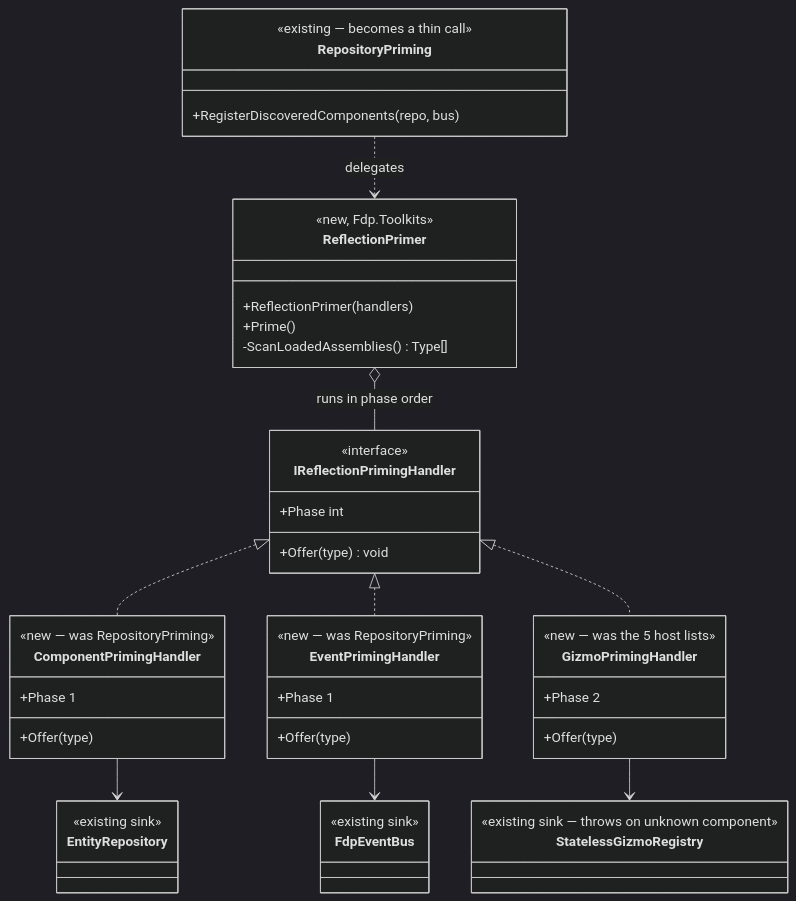
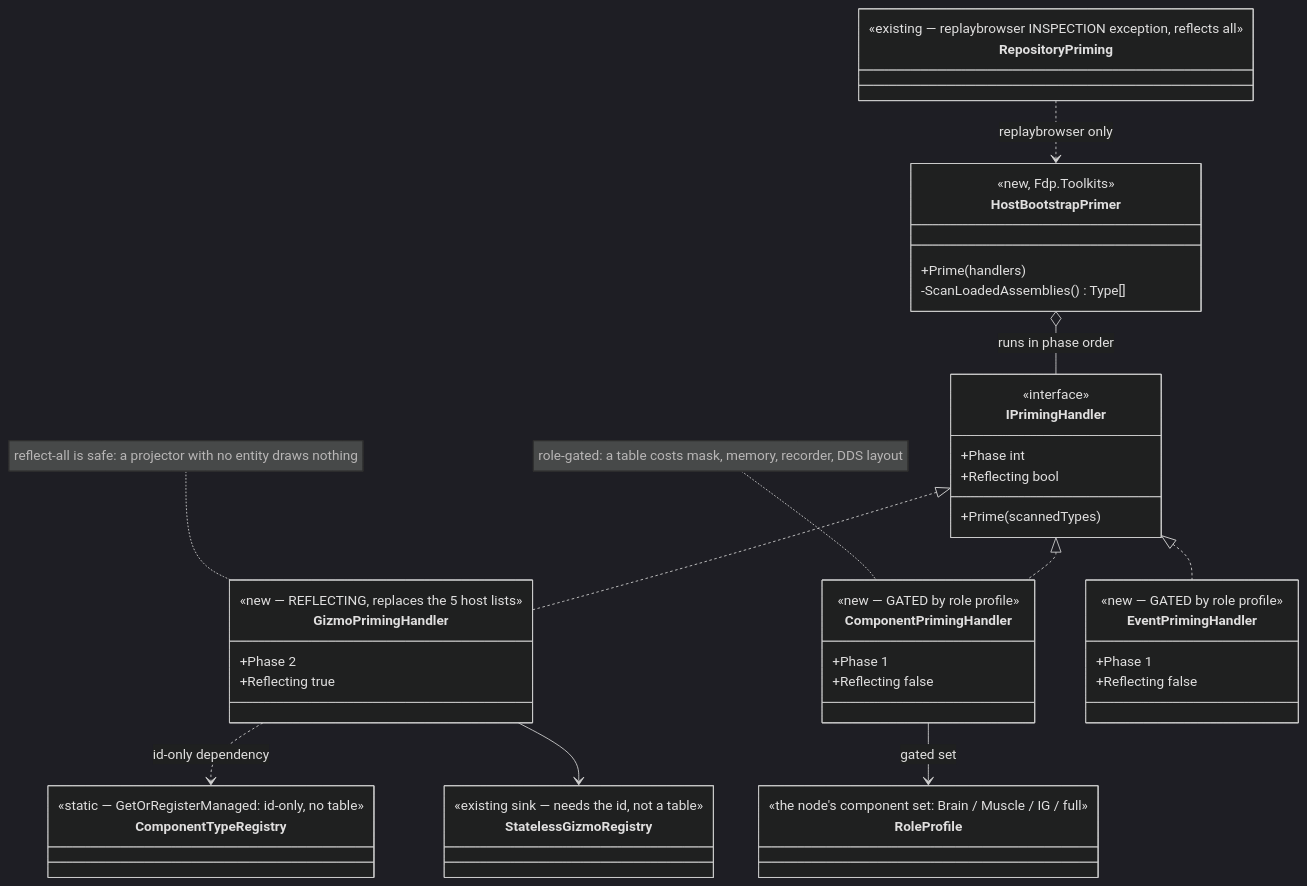
Before and after one commit to pjanec/HROT: the first of 2 diagrams in docs/DESIGN_Reflection_World_Priming.md, drawn with Mermaid (dark theme). The commit also changed other lines of this file and 1 other file, not shown here.

````diff
--- a/docs/DESIGN_Reflection_World_Priming.md
+++ b/docs/DESIGN_Reflection_World_Priming.md
@@ -73,51 +140,52 @@
 ```mermaid
 classDiagram
-    class ReflectionPrimer {
+    class HostBootstrapPrimer {
         <<new, Fdp.Toolkits>>
-        +ReflectionPrimer(handlers)
-        +Prime()
+        +Prime(handlers)
         -ScanLoadedAssemblies() Type[]
     }
-    class IReflectionPrimingHandler {
+    class IPrimingHandler {
         <<interface>>
         +Phase int
-        +Offer(type) void
+        +Reflecting bool
+        +Prime(scannedTypes)
+    }
+    class GizmoPrimingHandler {
+        <<new — REFLECTING, replaces the 5 host lists>>
+        +Phase 2
+        +Reflecting true
     }
     class ComponentPrimingHandler {
-        <<new — was RepositoryPriming>>
+        <<new — GATED by role profile>>
         +Phase 1
-        +Offer(type)
+        +Reflecting false
     }
     class EventPrimingHandler {
-        <<new — was RepositoryPriming>>
+        <<new — GATED by role profile>>
         +Phase 1
-        +Offer(type)
+        +Reflecting false
     }
-    class GizmoPrimingHandler {
-        <<new — was the 5 host lists>>
-        +Phase 2
-        +Offer(type)
+    class RoleProfile {
+        <<the node's component set: Brain / Muscle / IG / full>>
     }
-    class EntityRepository {
-        <<existing sink>>
-    }
-    class FdpEventBus {
-        <<existing sink>>
+    class ComponentTypeRegistry {
+        <<static — GetOrRegisterManaged: id-only, no table>>
     }
     class StatelessGizmoRegistry {
-        <<existing sink — throws on unknown component>>
+        <<existing sink — needs the id, not a table>>
     }
     class RepositoryPriming {
-        <<existing — becomes a thin call>>
-        +RegisterDiscoveredComponents(repo, bus)
+        <<existing — replaybrowser INSPECTION exception, reflects all>>
     }
 
-    ReflectionPrimer o-- IReflectionPrimingHandler : runs in phase order
-    IReflectionPrimingHandler <|.. ComponentPrimingHandler
-    IReflectionPrimingHandler <|.. EventPrimingHandler
-    IReflectionPrimingHandler <|.. GizmoPrimingHandler
-    ComponentPrimingHandler --> EntityRepository
-    EventPrimingHandler --> FdpEventBus
+    HostBootstrapPrimer o-- IPrimingHandler : runs in phase order
+    IPrimingHandler <|.. GizmoPrimingHandler
+    IPrimingHandler <|.. ComponentPrimingHandler
+    IPrimingHandler <|.. EventPrimingHandler
+    ComponentPrimingHandler --> RoleProfile : gated set
+    GizmoPrimingHandler ..> ComponentTypeRegistry : id-only dependency
     GizmoPrimingHandler --> StatelessGizmoRegistry
-    RepositoryPriming ..> ReflectionPrimer : delegates
+    RepositoryPriming ..> HostBootstrapPrimer : replaybrowser only
+    note for GizmoPrimingHandler "reflect-all is safe: a projector with no entity draws nothing"
+    note for ComponentPrimingHandler "role-gated: a table costs mask, memory, recorder, DDS layout"
 ```
````
